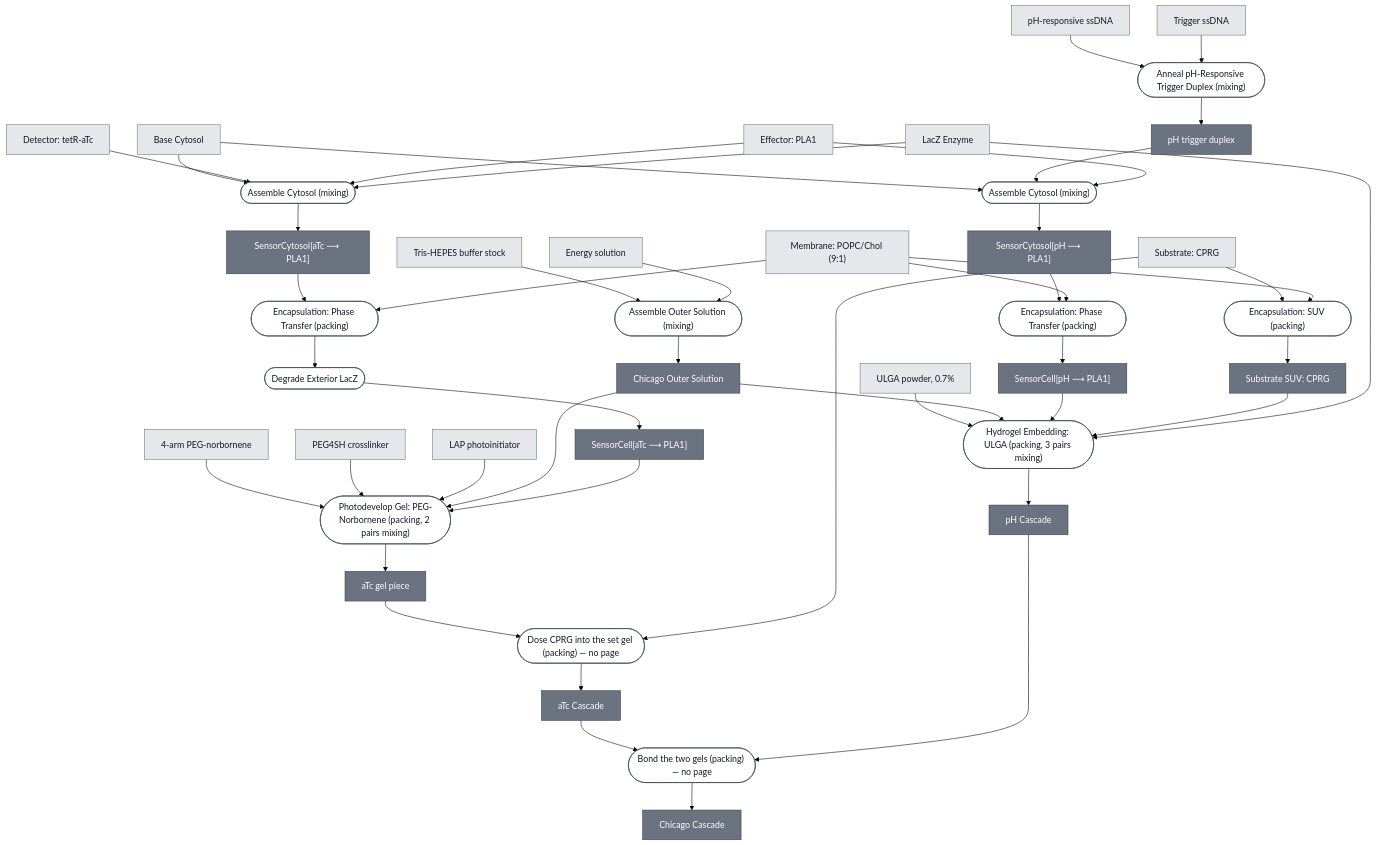
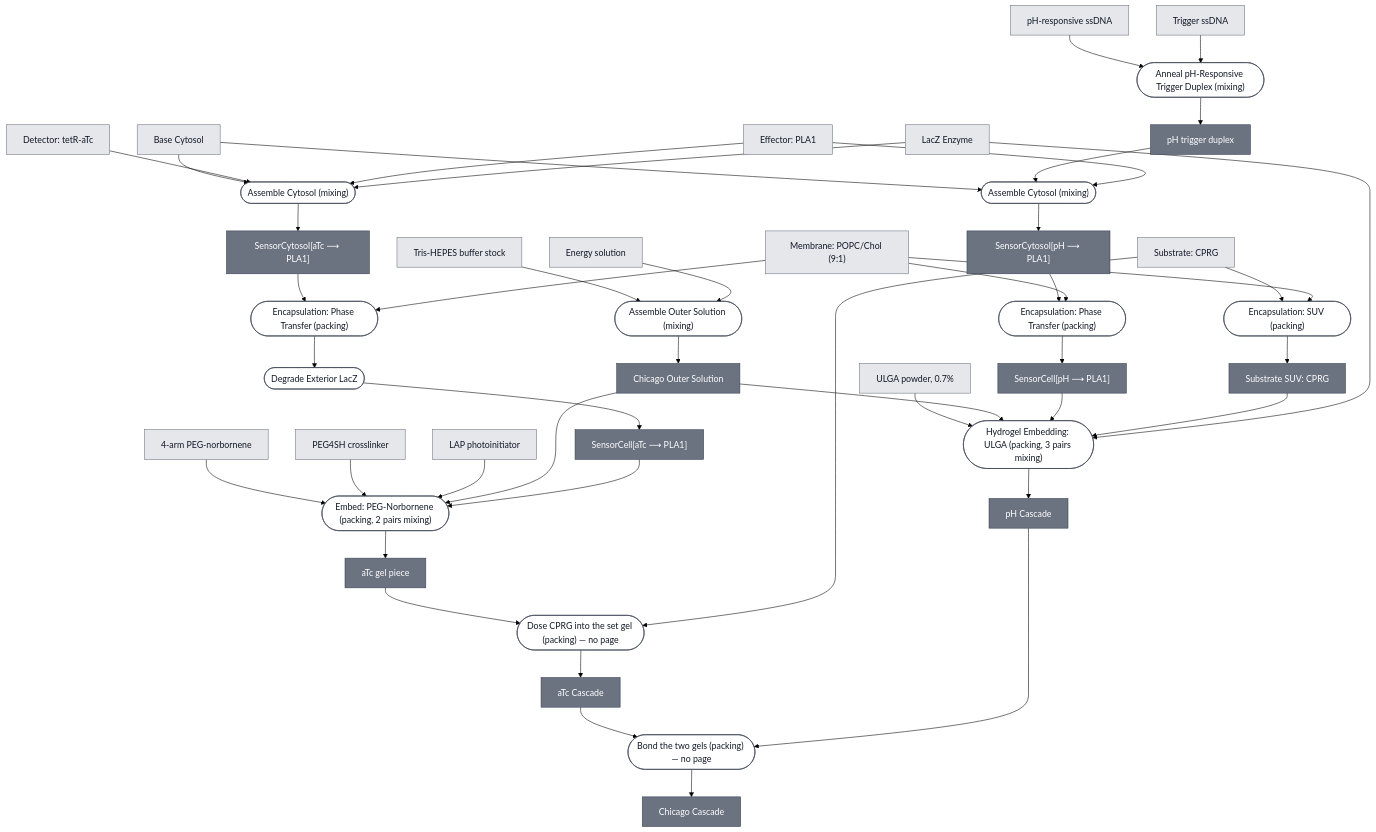
Before and after one commit to nucleus-eng/nucleus-docs: the diagram in docs/modules/chicago-cascade/spec.md, drawn with Mermaid (forest theme). The commit also changed other lines of this file and 15 other files, not shown here.

First line of the commit message:
The two photodevelop routes become Embed, and the pair stays parallel

```diff
--- a/docs/modules/chicago-cascade/spec.md
+++ b/docs/modules/chicago-cascade/spec.md
@@ -58,7 +58,7 @@
     P3_ENCAPSULATE_ATC_0(["Encapsulation: Phase Transfer (packing)"])
     P3_ENCAPSULATE_ATC_1(["Degrade Exterior LacZ"])
     ATC_SENSING_CELL["SensorCell[aTc ⟶ PLA1]"]
-    P4_PHOTODEVELOP_ATC_GEL_0(["Photodevelop Gel: PEG-Norbornene (packing, 2 pairs mixing)"])
+    P4_PHOTODEVELOP_ATC_GEL_0(["Embed: PEG-Norbornene (packing, 2 pairs mixing)"])
     ATC_GEL["aTc gel piece"]
     P5_DOSE_CPRG_INTO_ATC_GEL_0(["Dose CPRG into the set gel (packing) — no page"])
     ATC_CASCADE["aTc Cascade"]
@@ -152,7 +152,7 @@
     click P3_ENCAPSULATE_ATC_0 "/docs/processes/assemble-base-cell/main"
     click P3_ENCAPSULATE_ATC_1 "/docs/processes/degrade-exterior-lacz/main"
     click ATC_SENSING_CELL "/docs/modules/atc-sensing-cell/spec"
-    click P4_PHOTODEVELOP_ATC_GEL_0 "/docs/processes/photodevelop-peg-norbornene/main"
+    click P4_PHOTODEVELOP_ATC_GEL_0 "/docs/processes/embed-peg-norbornene/main"
     click ATC_CASCADE "/docs/modules/atc-cascade/spec"
     click P6_ANNEAL_TRIGGER_DUPLEX_0 "/docs/processes/anneal-ph-trigger-duplex/main"
     click PH_TRIGGER_DUPLEX "/docs/modules/detector-ph/spec"
```
